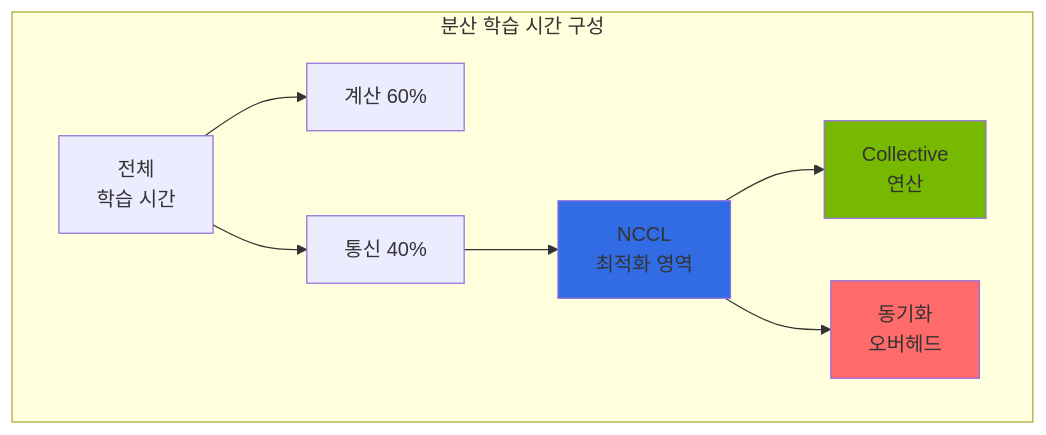
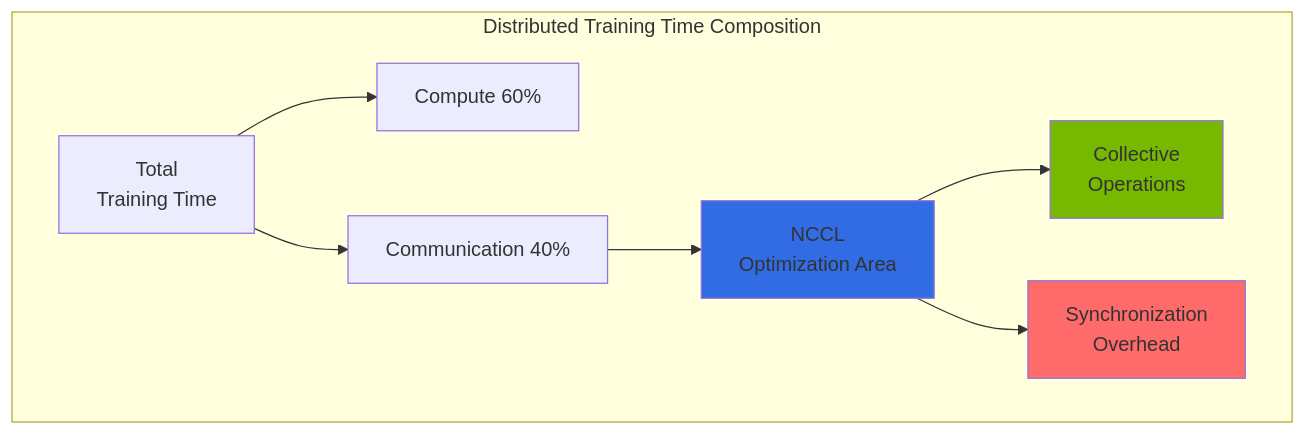
One commit to devfloor9/engineering-playbook changed the fifth of 6 diagrams in docs/agentic-ai-platform/model-serving/inference-frameworks/nemo-framework.md. Above: the diagram before and after it, drawn with Mermaid. The commit also changed other lines of this file and 954 other files, not shown here.

````diff
--- a/docs/agentic-ai-platform/model-serving/inference-frameworks/nemo-framework.md
+++ b/docs/agentic-ai-platform/model-serving/inference-frameworks/nemo-framework.md
@@ -428,19 +419,19 @@
 ```mermaid
 flowchart TB
-    subgraph Perf["분산 학습 시간 구성"]
-        Total[전체<br/>학습 시간]
-        Compute[계산 60%]
-        Comm[통신 40%]
+    subgraph Perf["Distributed Training Time Composition"]
+        Total[Total<br/>Training Time]
+        Compute[Compute 60%]
+        Comm[Communication 40%]
 
         Total --> Compute
         Total --> Comm
 
-        Comm --> NCCL[NCCL<br/>최적화 영역]
-        NCCL --> Collective[Collective<br/>연산]
-        NCCL --> Sync[동기화<br/>오버헤드]
+        Comm --> NCCL[NCCL<br/>Optimization Area]
+        NCCL --> Collective[Collective<br/>Operations]
+        NCCL --> Sync[Synchronization<br/>Overhead]
 
         style NCCL fill:#326ce5
         style Collective fill:#76b900
         style Sync fill:#ff6b6b
     end
 ```
````
